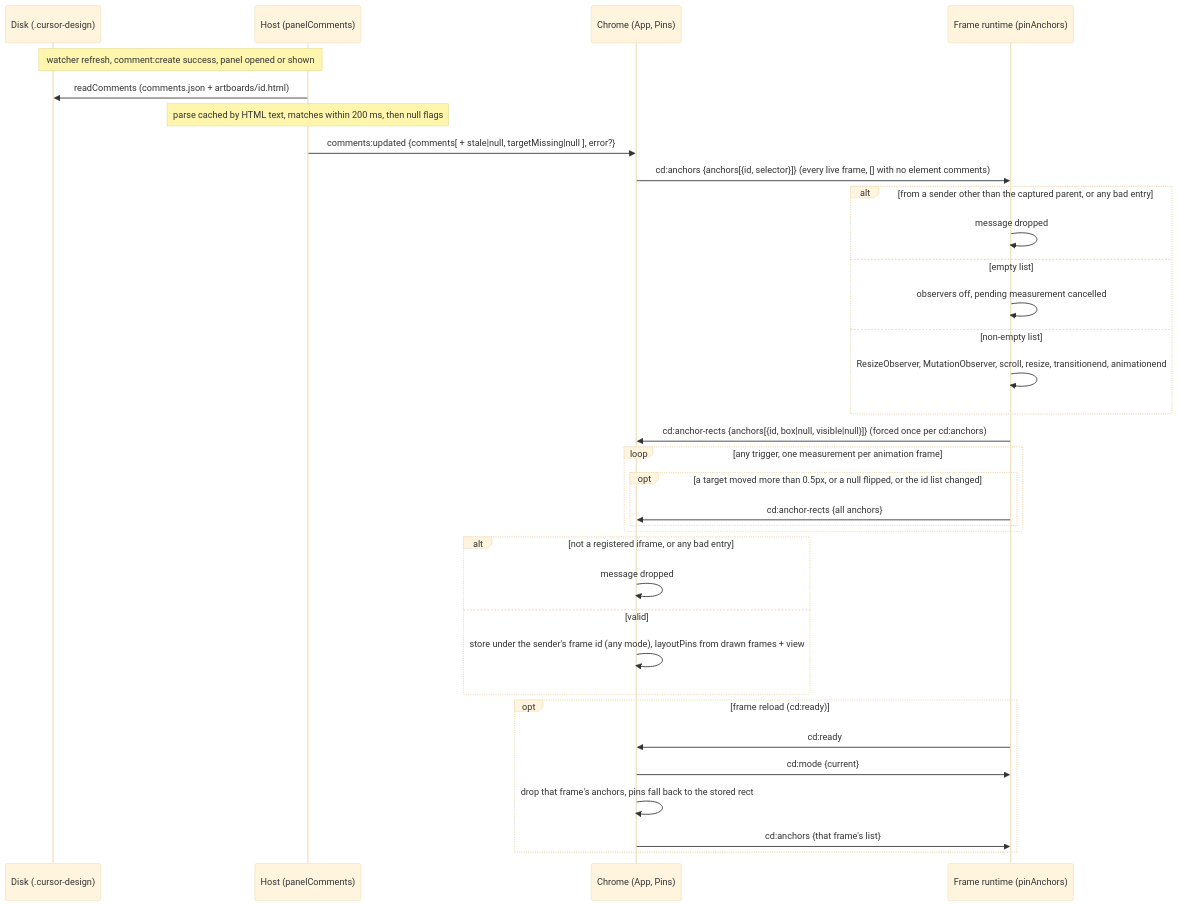
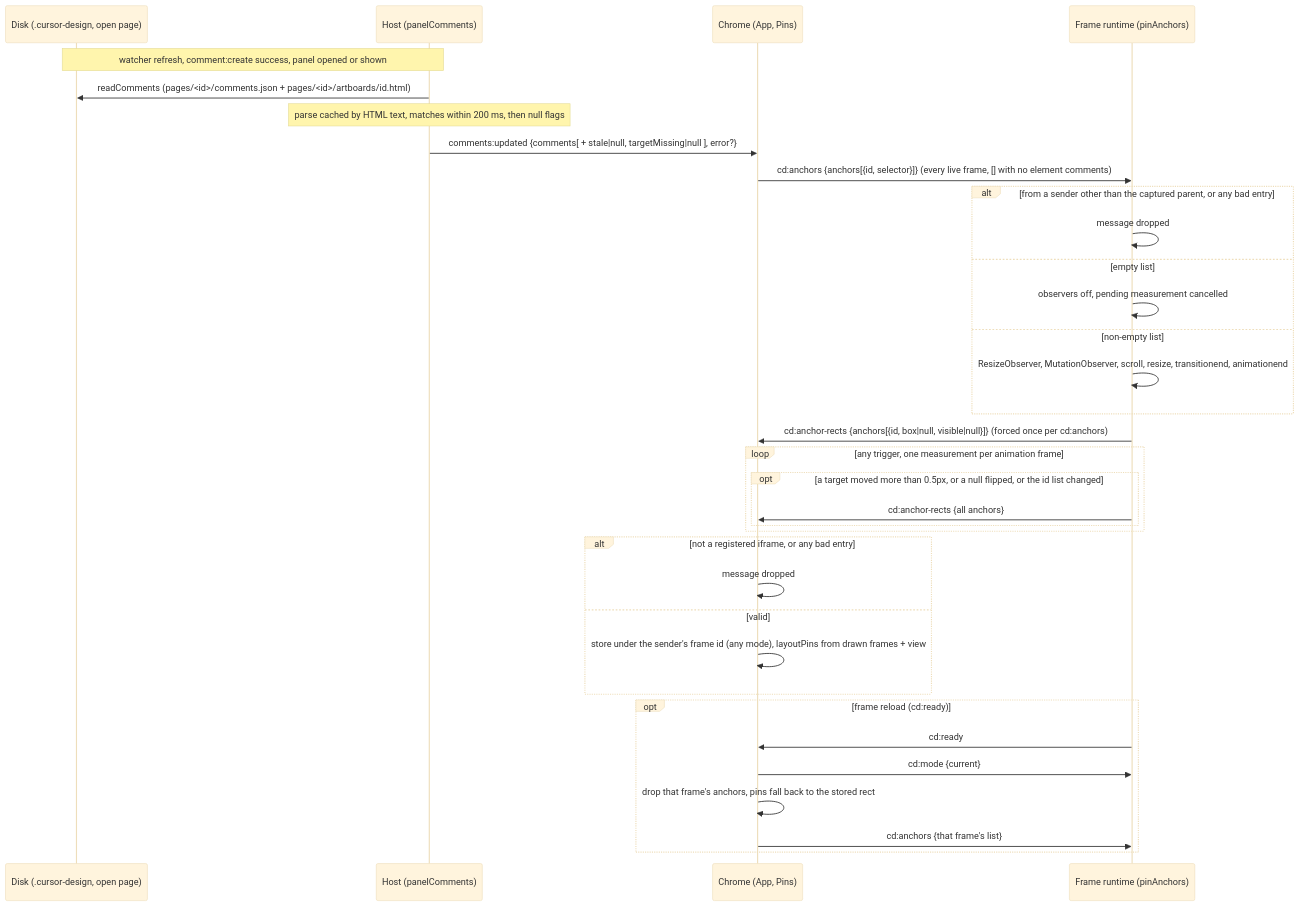
Before and after one commit to MarekBombera/cursor-design-extension: diagram 13 of 16 in blueprint/context/system-map.md, drawn with Mermaid (base theme). The commit also changed other lines of this file and 57 other files, not shown here.

First line of the commit message:
feat: pages on disk + migration (10a)

````diff
--- a/blueprint/context/system-map.md
+++ b/blueprint/context/system-map.md
@@ -606,36 +690,36 @@
 ```mermaid
 sequenceDiagram
-  participant D as Disk (.cursor-design)
+  participant D as Disk (.cursor-design, open page)
   participant H as Host (panelComments)
   participant C as Chrome (App, Pins)
   participant F as Frame runtime (pinAnchors)
   Note over D,H: watcher refresh, comment:create success, panel opened or shown
-  H->>D: readComments (comments.json + artboards/id.html)
+  H->>D: readComments (pages/<id>/comments.json + pages/<id>/artboards/id.html)
   Note over H: parse cached by HTML text, matches within 200 ms, then null flags
   H->>C: comments:updated {comments[ + stale|null, targetMissing|null ], error?}
   C->>F: cd:anchors {anchors[{id, selector}]} (every live frame, [] with no element comments)
   alt from a sender other than the captured parent, or any bad entry
     F->>F: message dropped
   else empty list
     F->>F: observers off, pending measurement cancelled
   else non-empty list
     F->>F: ResizeObserver, MutationObserver, scroll, resize, transitionend, animationend
   end
   F->>C: cd:anchor-rects {anchors[{id, box|null, visible|null}]} (forced once per cd:anchors)
   loop any trigger, one measurement per animation frame
     opt a target moved more than 0.5px, or a null flipped, or the id list changed
       F->>C: cd:anchor-rects {all anchors}
     end
   end
   alt not a registered iframe, or any bad entry
     C->>C: message dropped
   else valid
     C->>C: store under the sender's frame id (any mode), layoutPins from drawn frames + view
   end
   opt frame reload (cd:ready)
     F->>C: cd:ready
     C->>F: cd:mode {current}
     C->>C: drop that frame's anchors, pins fall back to the stored rect
     C->>F: cd:anchors {that frame's list}
   end
 ```
````
